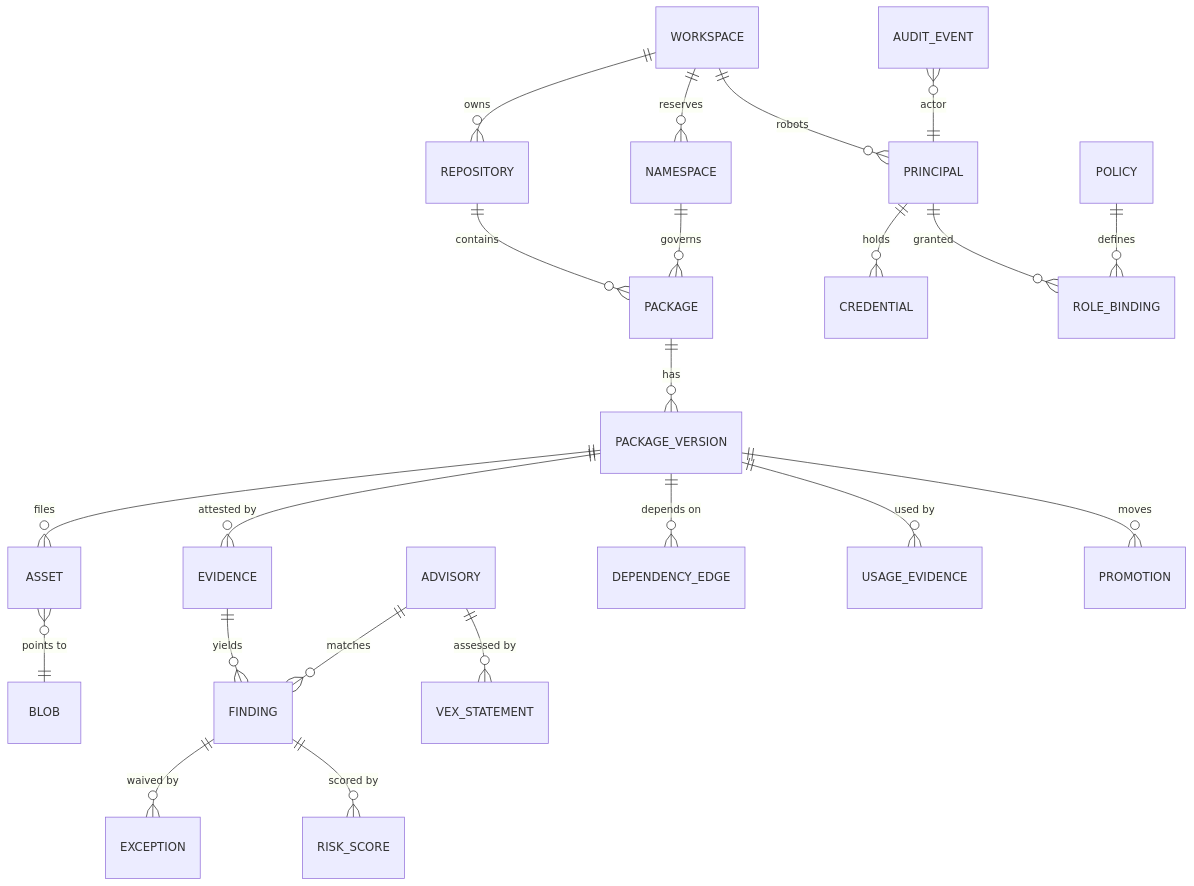
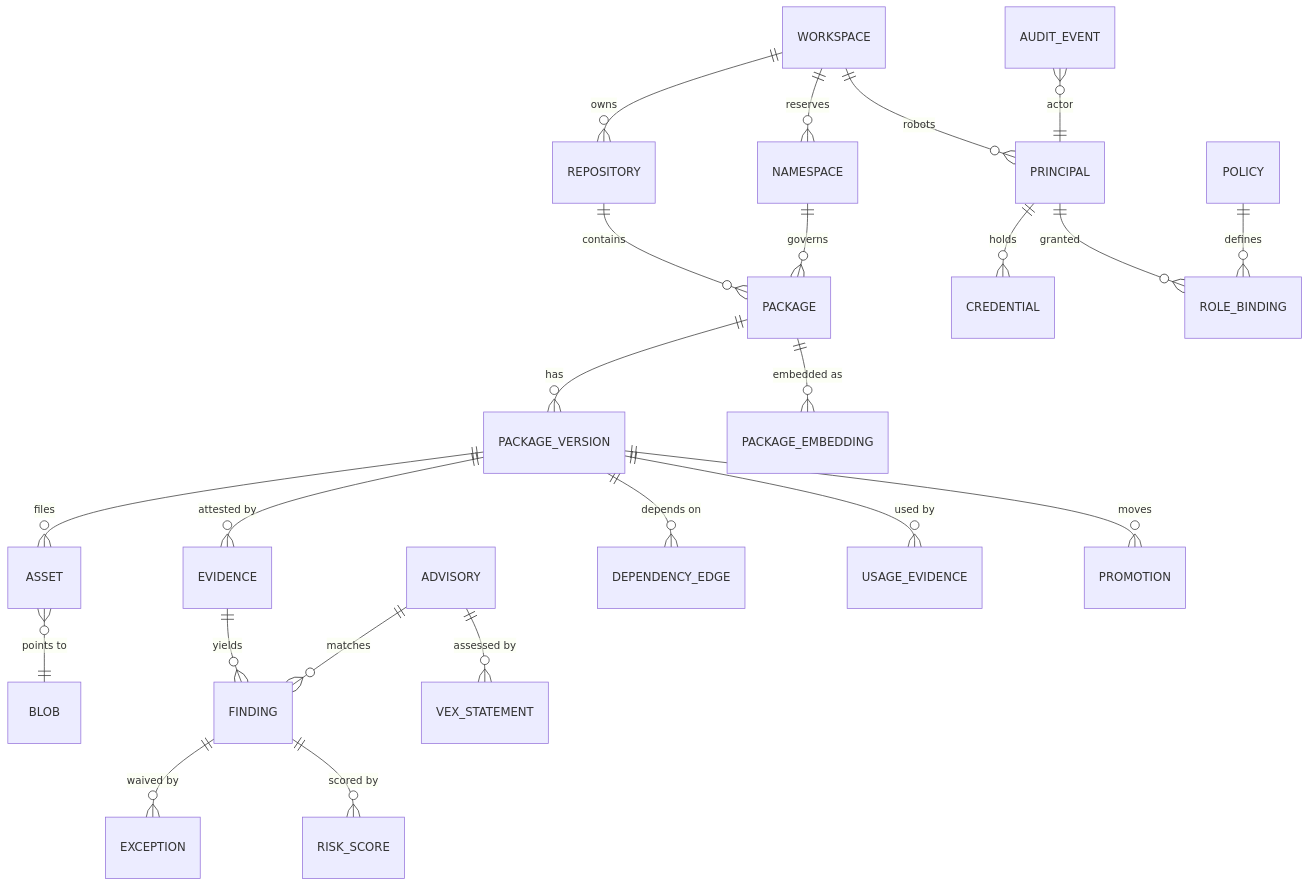
The first of 2 diagrams in docs/product/09-data-structures.md (izevg/CRANE), drawn with Mermaid before and after one commit. The commit also changed other lines of this file and 14 other files, not shown here.

````diff
--- a/docs/product/09-data-structures.md
+++ b/docs/product/09-data-structures.md
@@ -7,24 +7,25 @@
 ```mermaid
 erDiagram
   WORKSPACE ||--o{ REPOSITORY : owns
   WORKSPACE ||--o{ NAMESPACE : reserves
   WORKSPACE ||--o{ PRINCIPAL : "robots"
   REPOSITORY ||--o{ PACKAGE : contains
   NAMESPACE ||--o{ PACKAGE : governs
   PACKAGE ||--o{ PACKAGE_VERSION : has
+  PACKAGE ||--o{ PACKAGE_EMBEDDING : "embedded as"
   PACKAGE_VERSION ||--o{ ASSET : files
   ASSET }o--|| BLOB : "points to"
   PACKAGE_VERSION ||--o{ EVIDENCE : "attested by"
   EVIDENCE ||--o{ FINDING : yields
   FINDING ||--o{ EXCEPTION : "waived by"
   ADVISORY ||--o{ FINDING : matches
   FINDING ||--o{ RISK_SCORE : "scored by"
   ADVISORY ||--o{ VEX_STATEMENT : "assessed by"
   PACKAGE_VERSION ||--o{ DEPENDENCY_EDGE : "depends on"
   PACKAGE_VERSION ||--o{ USAGE_EVIDENCE : "used by"
   PRINCIPAL ||--o{ CREDENTIAL : holds
   PRINCIPAL ||--o{ ROLE_BINDING : granted
   POLICY ||--o{ ROLE_BINDING : defines
   PACKAGE_VERSION ||--o{ PROMOTION : moves
   AUDIT_EVENT }o--|| PRINCIPAL : actor
 ```
````
